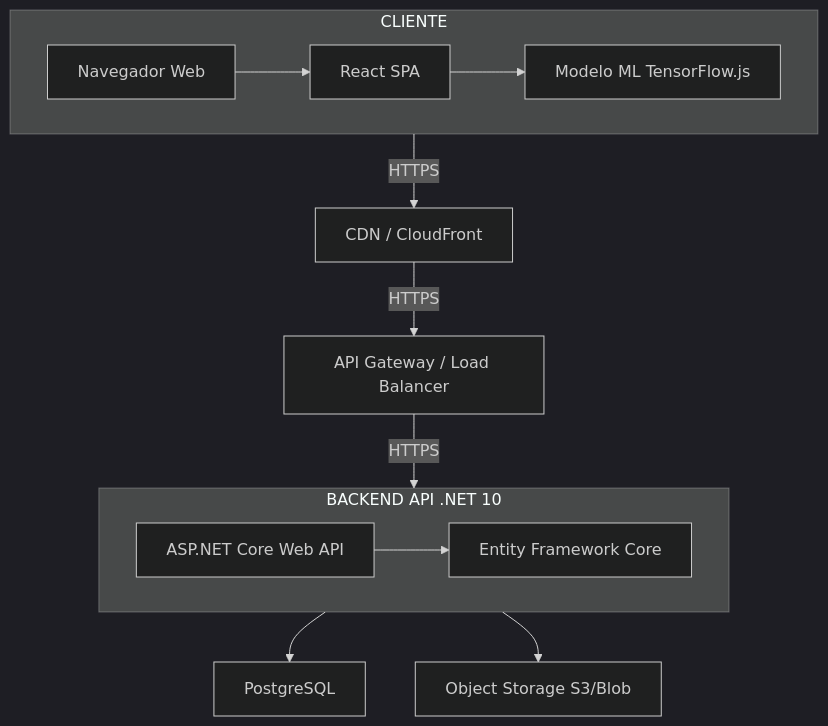
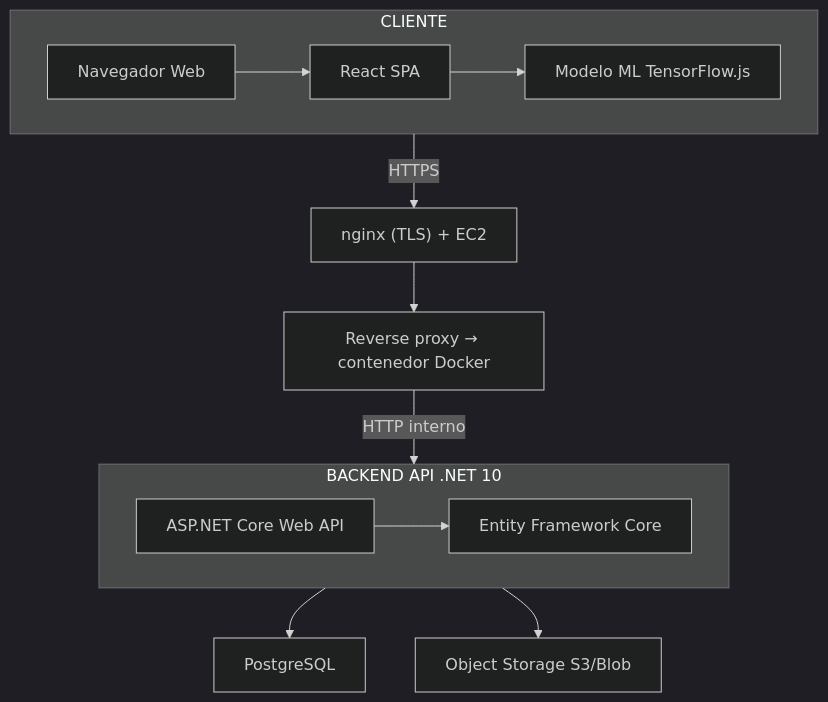
Before and after one commit to marcello-clearcust/joiabagur-pv: the first of 2 diagrams in README.md, drawn with Mermaid (dark theme). The commit also changed other lines of this file and 19 other files, not shown here.

First line of the commit message:
refactor: update deployment documentation and workflows for AWS EC2 architecture

````diff
--- a/README.md
+++ b/README.md
@@ -103,24 +103,24 @@
 ```mermaid
 flowchart TB
     subgraph Cliente["CLIENTE"]
         Browser["Navegador Web"]
         SPA["React SPA"]
         ML["Modelo ML TensorFlow.js"]
         Browser --> SPA
         SPA --> ML
     end
-    CDN["CDN / CloudFront"]
-    Gateway["API Gateway / Load Balancer"]
+    Nginx["nginx (TLS) + EC2"]
+    Gateway["Reverse proxy → contenedor Docker"]
     subgraph Backend["BACKEND API .NET 10"]
         API["ASP.NET Core Web API"]
         EF["Entity Framework Core"]
         API --> EF
     end
     DB["PostgreSQL"]
     Storage["Object Storage S3/Blob"]
-    Cliente -->|HTTPS| CDN
-    CDN -->|HTTPS| Gateway
-    Gateway -->|HTTPS| Backend
+    Cliente -->|HTTPS| Nginx
+    Nginx --> Gateway
+    Gateway -->|HTTP interno| Backend
     Backend --> DB
     Backend --> Storage
 ```
````
